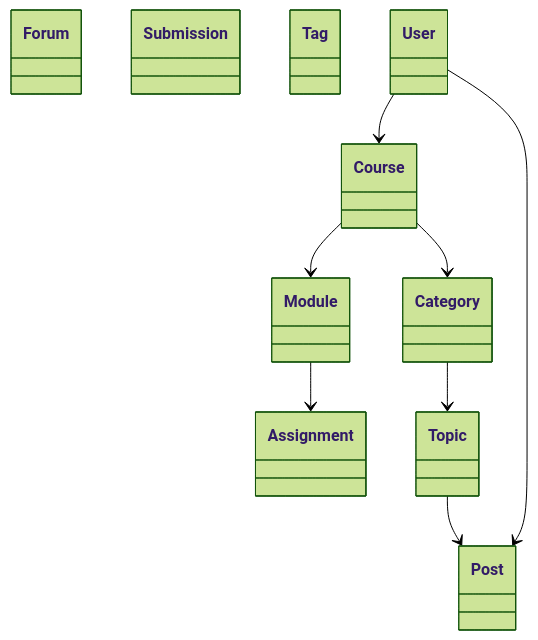
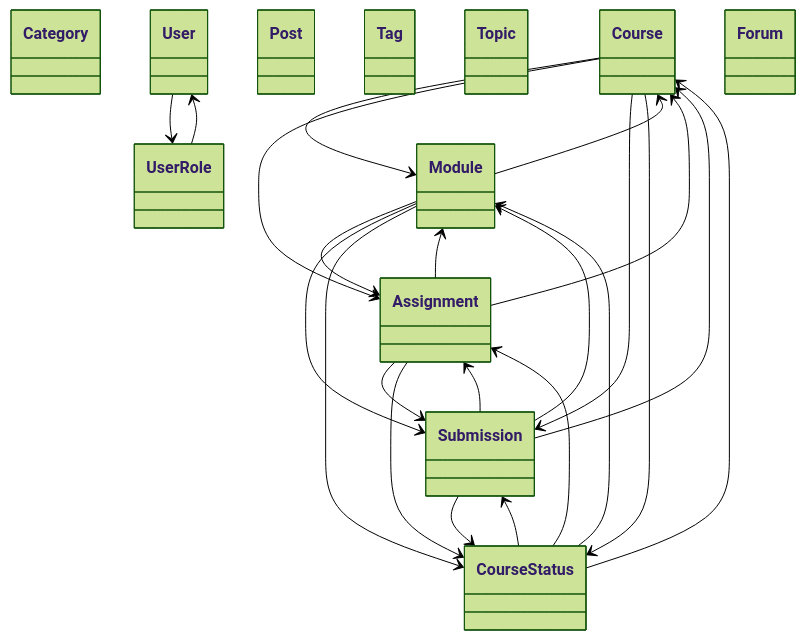
The first of 3 diagrams in docs/relationship_map.md (ordokr/LMS), drawn with Mermaid (forest theme) before and after one commit. The commit also changed other lines of this file and 14 other files, not shown here.

````diff
--- a/docs/relationship_map.md
+++ b/docs/relationship_map.md
@@ -6,20 +6,37 @@
 ```mermaid
 classDiagram
-    class Forum
     class Category
     class Course
     class Module
     class Assignment
     class Submission
+    class CourseStatus
     class Post
     class Tag
     class Topic
     class User
-    User --> Course
+    class UserRole
+    class Forum
     Course --> Module
+    Course --> Assignment
+    Course --> Submission
+    Course --> CourseStatus
+    Module --> Course
     Module --> Assignment
-    User --> Post
-    Topic --> Post
-    Category --> Topic
-    Course --> Category
+    Module --> Submission
+    Module --> CourseStatus
+    Assignment --> Course
+    Assignment --> Module
+    Assignment --> Submission
+    Assignment --> CourseStatus
+    Submission --> Course
+    Submission --> Module
+    Submission --> Assignment
+    Submission --> CourseStatus
+    CourseStatus --> Course
+    CourseStatus --> Module
+    CourseStatus --> Assignment
+    CourseStatus --> Submission
+    User --> UserRole
+    UserRole --> User
 ```
````
